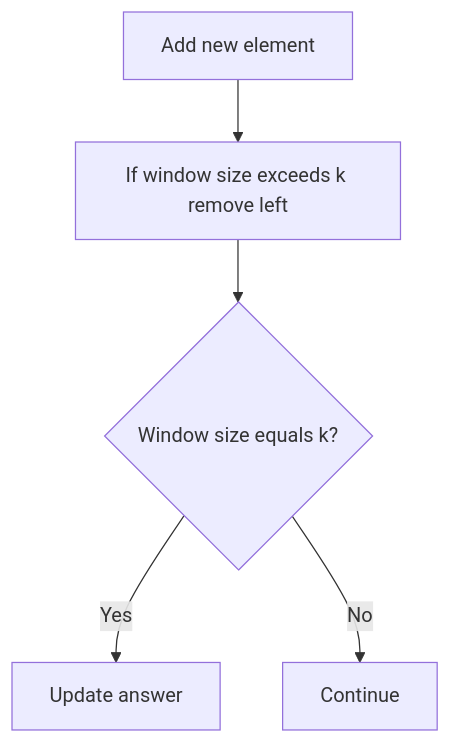
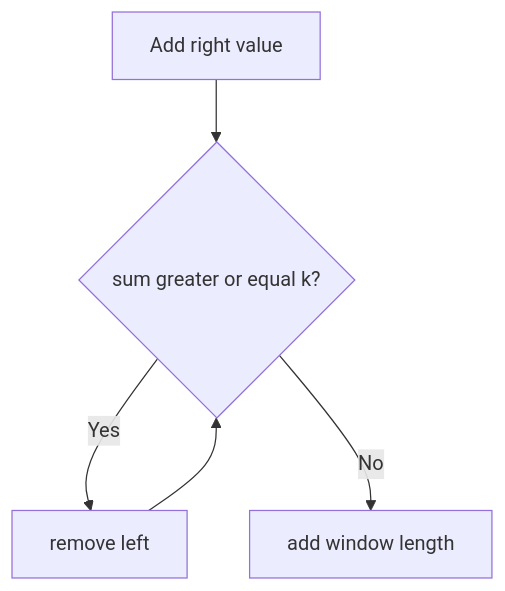
One commit to mthaiseer/springcloud-systemdesign-notes changed diagram 25 of 36 in CP_DSA_NOTES/CONCEPT_FRAMEWORK_FORMS_TATICS/two_pointers_sliding_window_playbook.md. Above: the diagram before and after it, drawn with Mermaid. The commit also changed other lines of this file, not shown here.

````diff
--- a/CP_DSA_NOTES/CONCEPT_FRAMEWORK_FORMS_TATICS/two_pointers_sliding_window_playbook.md
+++ b/CP_DSA_NOTES/CONCEPT_FRAMEWORK_FORMS_TATICS/two_pointers_sliding_window_playbook.md
@@ -351,7 +733,7 @@
 ```mermaid
 flowchart TD
-    A["Add new element"] --> B["If window size exceeds k remove left"]
-    B --> C{"Window size equals k?"}
-    C -->|"Yes"| D["Update answer"]
-    C -->|"No"| E["Continue"]
+    A["Add right value"] --> B{"sum greater or equal k?"}
+    B -->|"Yes"| C["remove left"]
+    C --> B
+    B -->|"No"| D["add window length"]
 ```
````
